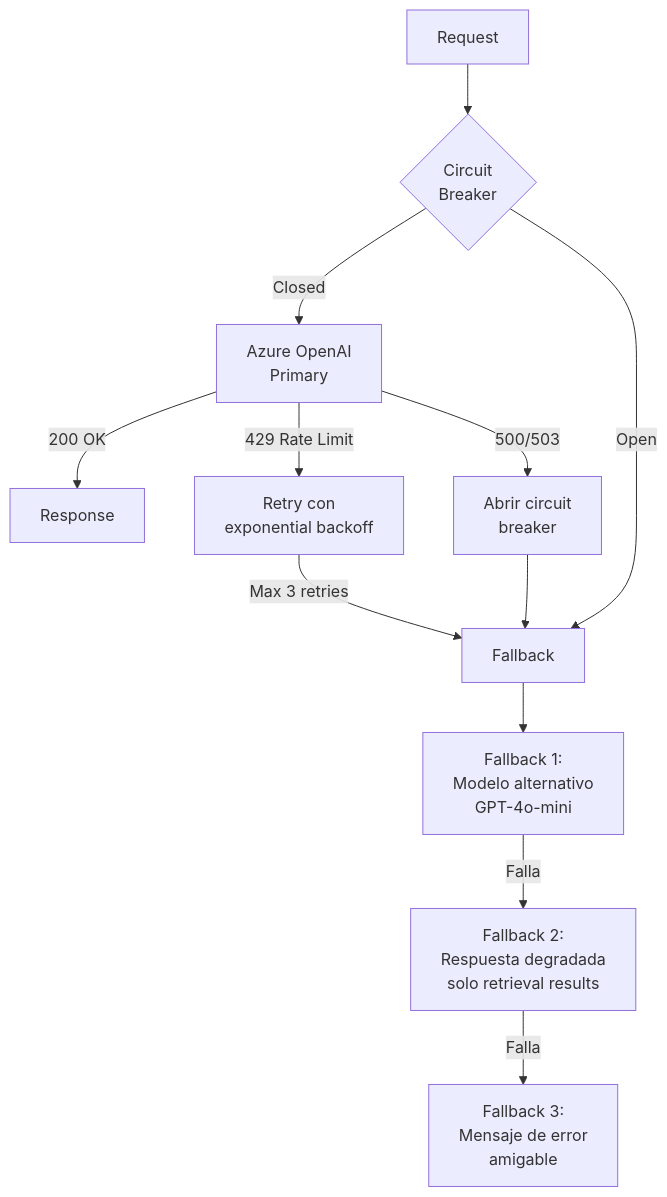
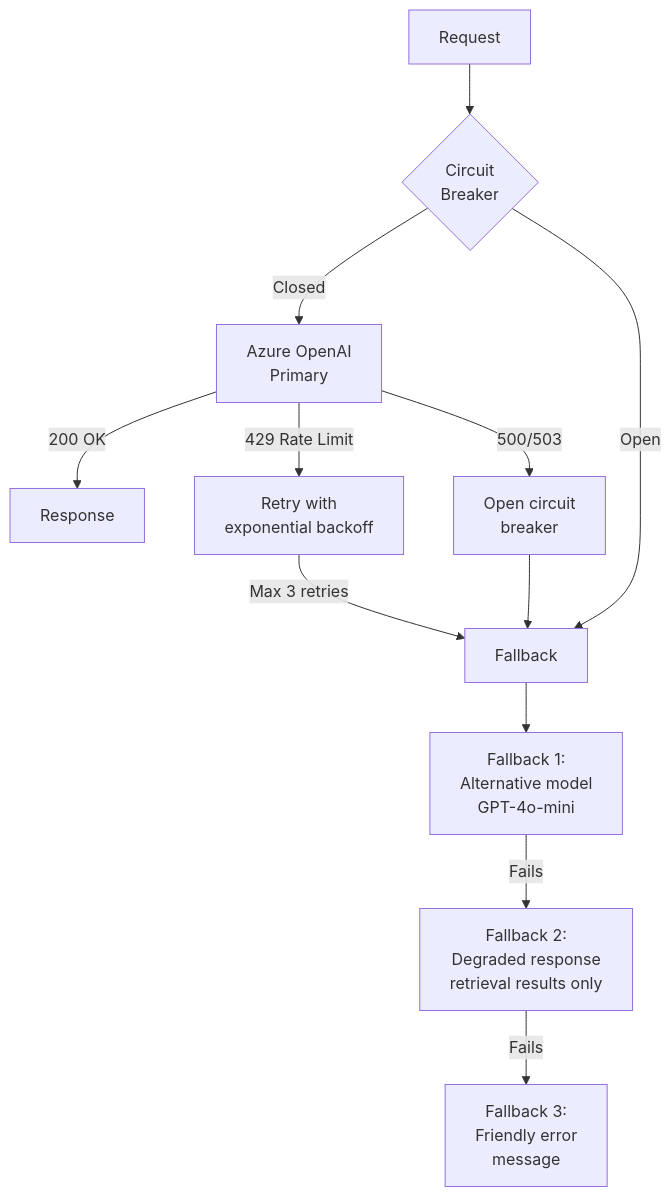
The second of 3 diagrams in docs/technical/07-observability-llmops.md (pablonux/legal-ai-ar), drawn with Mermaid before and after one commit. The commit also changed other lines of this file and 2 other files, not shown here.

````diff
--- a/docs/technical/07-observability-llmops.md
+++ b/docs/technical/07-observability-llmops.md
@@ -124,17 +124,17 @@
 ```mermaid
 flowchart TB
     REQ[Request] --> CB{Circuit<br/>Breaker}
     CB -->|Closed| LLM[Azure OpenAI<br/>Primary]
     CB -->|Open| FB[Fallback]
-    
+
     LLM -->|200 OK| RESP[Response]
-    LLM -->|429 Rate Limit| RETRY[Retry con<br/>exponential backoff]
-    LLM -->|500/503| CB_OPEN[Abrir circuit<br/>breaker]
-    
+    LLM -->|429 Rate Limit| RETRY[Retry with<br/>exponential backoff]
+    LLM -->|500/503| CB_OPEN[Open circuit<br/>breaker]
+
     RETRY -->|Max 3 retries| FB
     CB_OPEN --> FB
-    
-    FB --> FB1[Fallback 1:<br/>Modelo alternativo<br/>GPT-4o-mini]
-    FB1 -->|Falla| FB2[Fallback 2:<br/>Respuesta degradada<br/>solo retrieval results]
-    FB2 -->|Falla| FB3[Fallback 3:<br/>Mensaje de error<br/>amigable]
+
+    FB --> FB1[Fallback 1:<br/>Alternative model<br/>GPT-4o-mini]
+    FB1 -->|Fails| FB2[Fallback 2:<br/>Degraded response<br/>retrieval results only]
+    FB2 -->|Fails| FB3[Fallback 3:<br/>Friendly error<br/>message]
 ```
````
